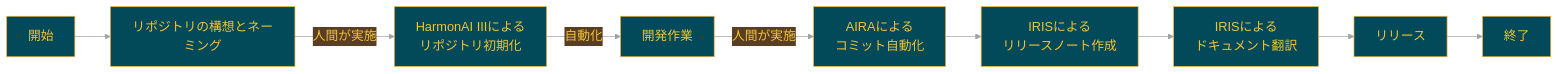
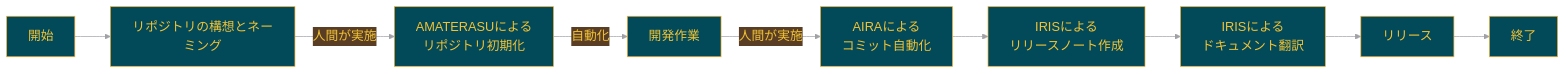
Before and after one commit to Sunwood-ai-labs/AMATERASU: the diagram in README.md, drawn with Mermaid. The commit also changed other lines of this file, not shown here.

````diff
--- a/README.md
+++ b/README.md
@@ -187,20 +185,20 @@
 ```mermaid
 %%{init:{'theme':'base','themeVariables':{'primaryColor':'#024959','primaryTextColor':'#F2C335','primaryBorderColor':'#F2AE30','lineColor':'#A1A2A6','secondaryColor':'#593E25','tertiaryColor':'#F2C335','noteTextColor':'#024959','noteBkgColor':'#F2C335','textColor':'#024959','fontSize':'18px'}}}%%
 
 graph LR
     A[開始] --> B[リポジトリの構想とネーミング]
-    B -->|人間が実施| C[HarmonAI IIIによる<br>リポジトリ初期化]
+    B -->|人間が実施| C[AMATERASUによる<br>リポジトリ初期化]
     C -->|自動化| D[開発作業]
     D -->|人間が実施| E[AIRAによる<br>コミット自動化]
     E --> H[IRISによる<br>リリースノート作成]
     H --> I[IRISによる<br>ドキュメント翻訳]
     I --> J[リリース]
     J --> K[終了]
 
     class B,D,G human;
     class E aira;
     class F,H,I iris;
     class C auto;
     class A,J,K process;
 
 ```
````
